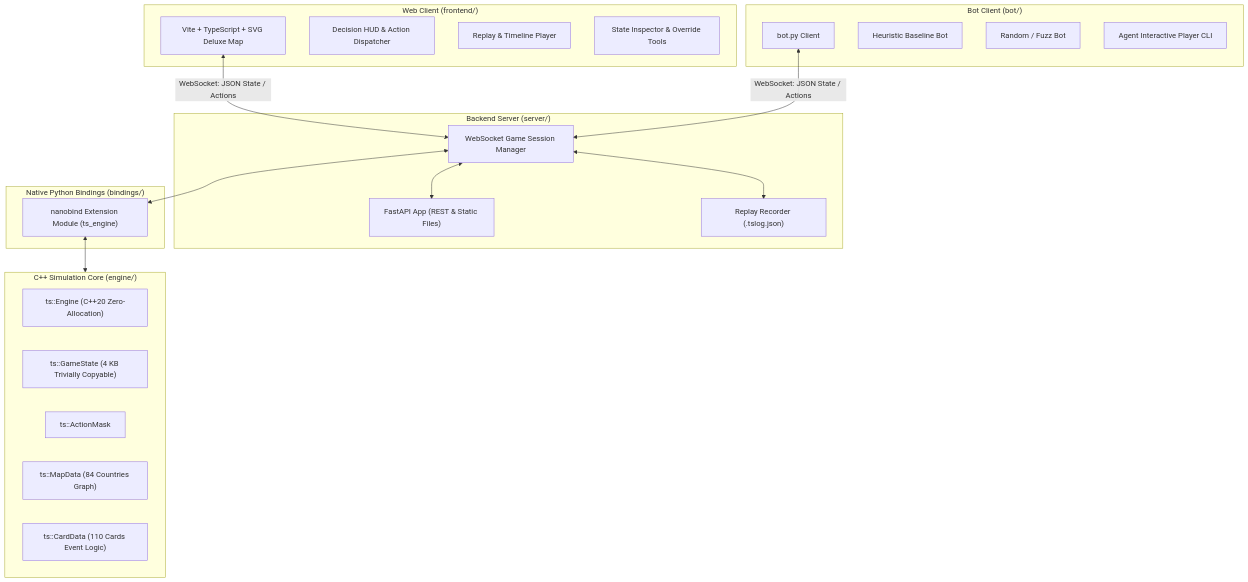
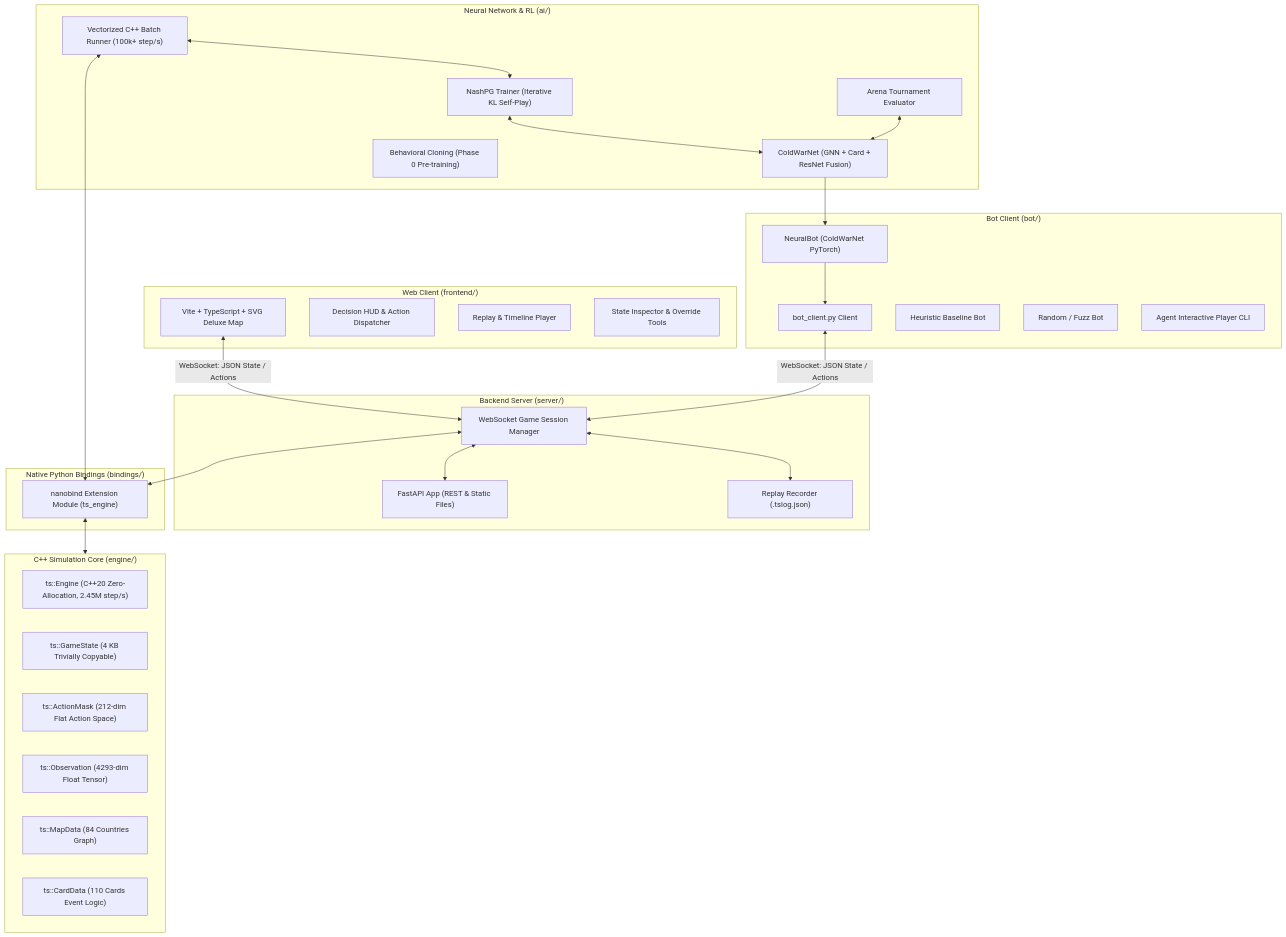
The diagram in AGENTS.md (mihaild/DeepStruggle), drawn with Mermaid before and after one commit. The commit also changed other lines of this file and 34 other files, not shown here.

First line of the commit message:
feat(ai): implement ColdWarNet, NashPG reinforcement learning, and tournament evaluation

````diff
--- a/AGENTS.md
+++ b/AGENTS.md
@@ -9,41 +9,57 @@
 ```mermaid
 graph TD
     subgraph Frontend ["Web Client (frontend/)"]
         UI["Vite + TypeScript + SVG Deluxe Map"]
         HUD["Decision HUD & Action Dispatcher"]
         Replayer["Replay & Timeline Player"]
         Debug["State Inspector & Override Tools"]
     end
 
     subgraph Server ["Backend Server (server/)"]
         FastAPI["FastAPI App (REST & Static Files)"]
         WS["WebSocket Game Session Manager"]
         Logger["Replay Recorder (.tslog.json)"]
     end
 
+    subgraph NeuralAI ["Neural Network & RL (ai/)"]
+        ColdWarNet["ColdWarNet (GNN + Card + ResNet Fusion)"]
+        NashPG["NashPG Trainer (Iterative KL Self-Play)"]
+        BC["Behavioral Cloning (Phase 0 Pre-training)"]
+        VecEnv["Vectorized C++ Batch Runner (100k+ step/s)"]
+        Arena["Arena Tournament Evaluator"]
+    end
+
     subgraph Bot ["Bot Client (bot/)"]
-        Runner["bot.py Client"]
+        Runner["bot_client.py Client"]
+        NeuralBotClient["NeuralBot (ColdWarNet PyTorch)"]
         Heuristic["Heuristic Baseline Bot"]
         Random["Random / Fuzz Bot"]
         AgentPlayer["Agent Interactive Player CLI"]
     end
 
     subgraph Bridge ["Native Python Bindings (bindings/)"]
         Nanobind["nanobind Extension Module (ts_engine)"]
     end
 
     subgraph CoreEngine ["C++ Simulation Core (engine/)"]
-        Core["ts::Engine (C++20 Zero-Allocation)"]
+        Core["ts::Engine (C++20 Zero-Allocation, 2.45M step/s)"]
         State["ts::GameState (4 KB Trivially Copyable)"]
-        Mask["ts::ActionMask"]
+        Mask["ts::ActionMask (212-dim Flat Action Space)"]
+        Obs["ts::Observation (4293-dim Float Tensor)"]
         Map["ts::MapData (84 Countries Graph)"]
         Cards["ts::CardData (110 Cards Event Logic)"]
     end
 
     UI <-->|WebSocket: JSON State / Actions| WS
     Runner <-->|WebSocket: JSON State / Actions| WS
     WS <--> FastAPI
     WS <--> Logger
     WS <--> Nanobind
     Nanobind <--> CoreEngine
+    VecEnv <--> Nanobind
+    VecEnv <--> NashPG
+    NashPG <--> ColdWarNet
+    ColdWarNet --> NeuralBotClient
+    NeuralBotClient --> Runner
+    Arena <--> ColdWarNet
 ```
````
